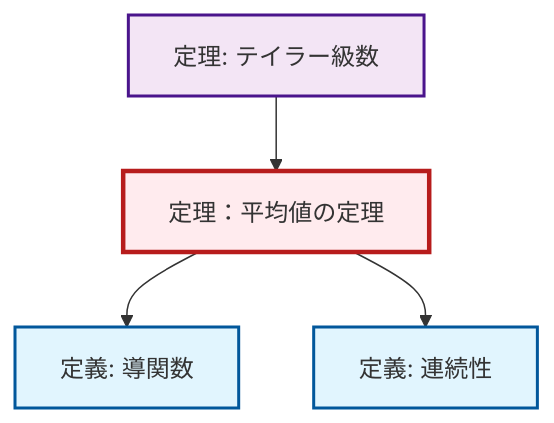
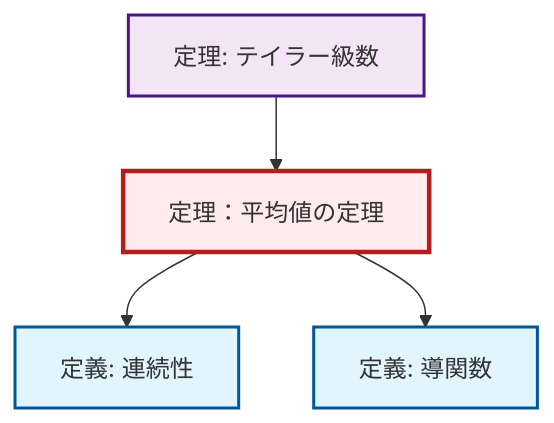
The diagram in content/ja/analysis/thm-mean-value.qmd (RK0429/ModernMath), drawn with Mermaid before and after one commit. The commit also changed other lines of this file and 1012 other files, not shown here.

````diff
--- a/content/ja/analysis/thm-mean-value.qmd
+++ b/content/ja/analysis/thm-mean-value.qmd
@@ -80,20 +80,20 @@
 ```{mermaid}
 %%| fig-cap: "Local dependency graph"
 graph TD
     classDef definition fill:#e1f5fe,stroke:#01579b,stroke-width:2px
     classDef theorem fill:#f3e5f5,stroke:#4a148c,stroke-width:2px
     classDef axiom fill:#fff3e0,stroke:#e65100,stroke-width:2px
     classDef example fill:#e8f5e9,stroke:#1b5e20,stroke-width:2px
     classDef current fill:#ffebee,stroke:#b71c1c,stroke-width:3px
+    def-continuity["定義: 連続性"]:::definition
     def-derivative["定義: 導関数"]:::definition
     thm-taylor-series["定理: テイラー級数"]:::theorem
     thm-mean-value["定理：平均値の定理"]:::theorem
-    def-continuity["定義: 連続性"]:::definition
+    thm-mean-value --> def-continuity
+    thm-taylor-series --> thm-mean-value
     thm-mean-value --> def-derivative
-    thm-taylor-series --> thm-mean-value
-    thm-mean-value --> def-continuity
     class thm-mean-value current
+    click def-continuity "def-continuity.html" "連続性の定義へ"
     click def-derivative "def-derivative.html" "導関数の定義へ"
     click thm-taylor-series "thm-taylor-series.html" "テイラー級数の定理へ"
-    click def-continuity "def-continuity.html" "連続性の定義へ"
 ```
````
